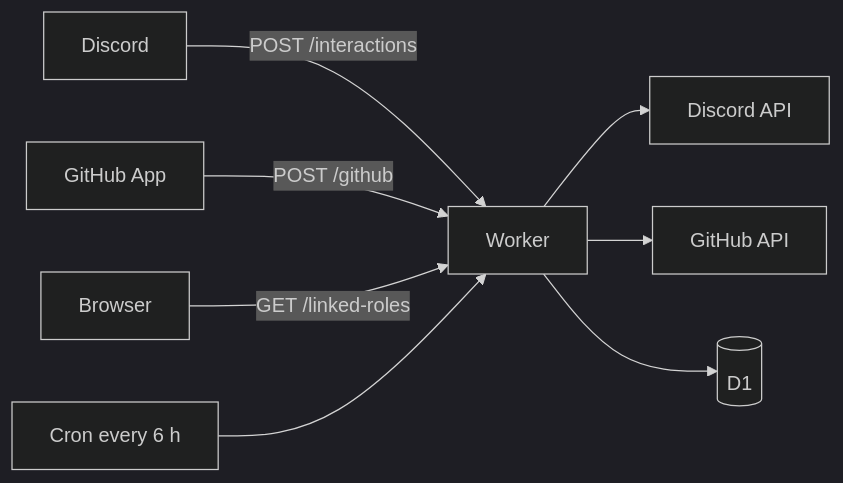
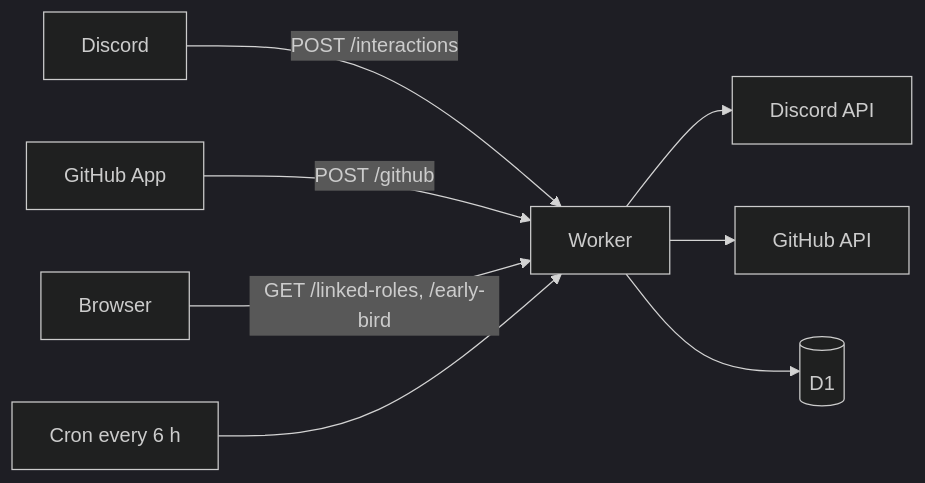
The diagram in bot/README.md (OpenDrone-hw/discord), drawn with Mermaid (dark theme) before and after one commit. The commit also changed other lines of this file and 16 other files, not shown here.

First line of the commit message:
Early Bird role and #early-birds for preorder buyers (#34)

````diff
--- a/bot/README.md
+++ b/bot/README.md
@@ -7,10 +7,10 @@
 ```mermaid
 flowchart LR
   D[Discord] -->|POST /interactions| W[Worker]
   G[GitHub App] -->|POST /github| W
-  B[Browser] -->|GET /linked-roles| W
+  B[Browser] -->|GET /linked-roles, /early-bird| W
   C[Cron every 6 h] --> W
   W --> DA[Discord API]
   W --> GA[GitHub API]
   W --> DB[(D1)]
 ```
````
